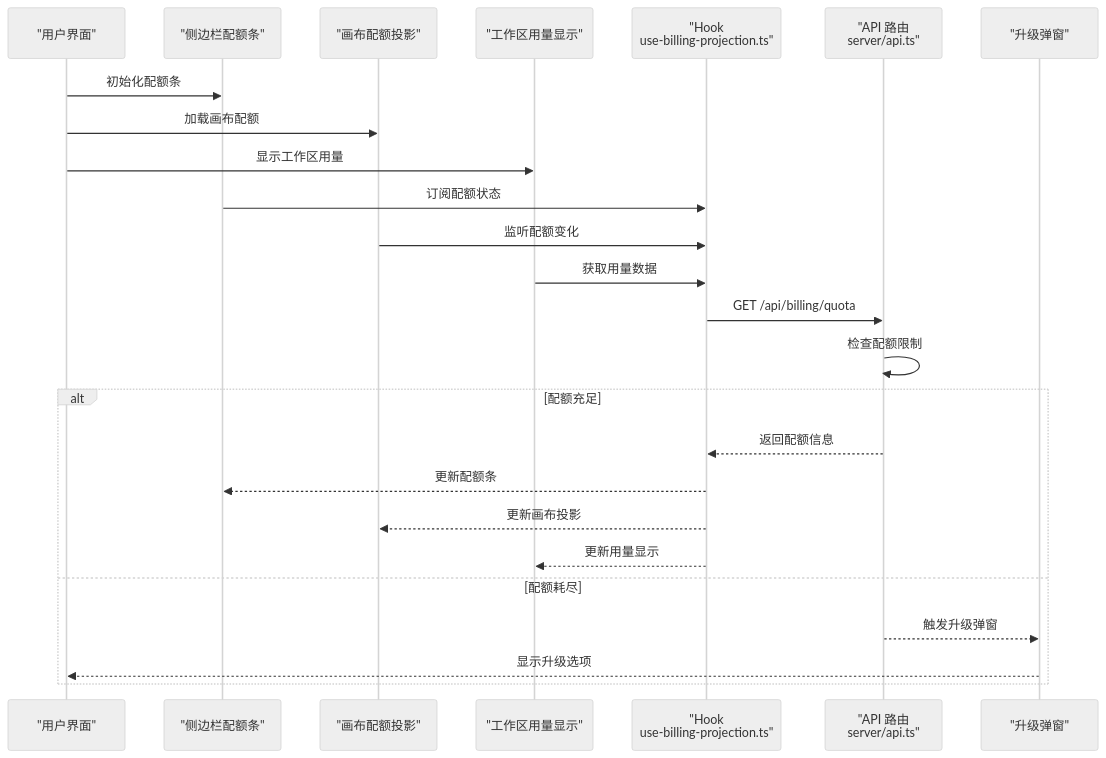
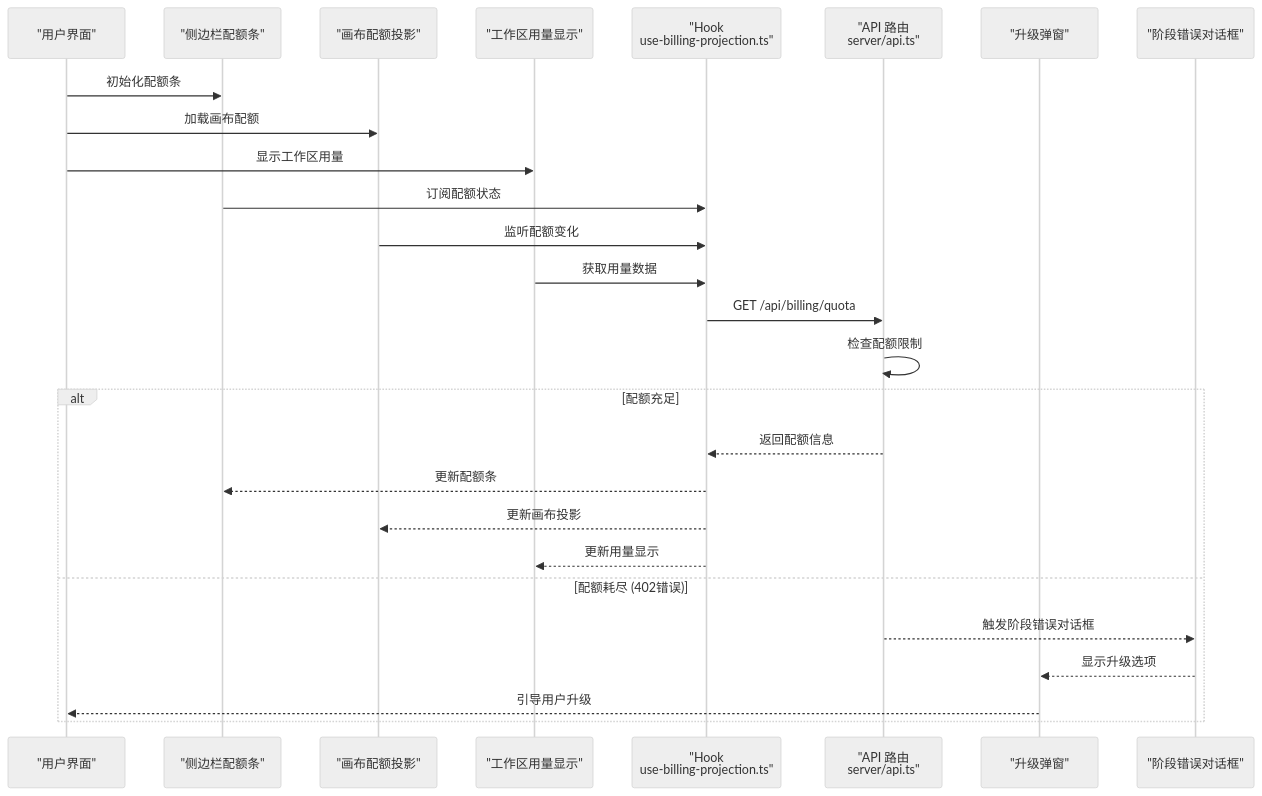
One commit to scottcwy/PurpleInk changed the second of 3 diagrams in .qoder/repowiki/zh/content/项目概述/计费配置/会员配额管理系统.md. Above: the diagram before and after it, drawn with Mermaid (neutral theme). The commit also changed other lines of this file and 48 other files, not shown here.

````diff
--- a/.qoder/repowiki/zh/content/项目概述/计费配置/会员配额管理系统.md
+++ b/.qoder/repowiki/zh/content/项目概述/计费配置/会员配额管理系统.md
@@ -133,27 +135,29 @@
 ```mermaid
 sequenceDiagram
 participant U as "用户界面"
 participant S as "侧边栏配额条"
 participant C as "画布配额投影"
 participant W as "工作区用量显示"
 participant H as "Hook<br/>use-billing-projection.ts"
 participant A as "API 路由<br/>server/api.ts"
 participant P as "升级弹窗"
+participant E as "阶段错误对话框"
 U->>S : 初始化配额条
 U->>C : 加载画布配额
 U->>W : 显示工作区用量
 S->>H : 订阅配额状态
 C->>H : 监听配额变化
 W->>H : 获取用量数据
 H->>A : GET /api/billing/quota
 A->>A : 检查配额限制
 alt 配额充足
 A-->>H : 返回配额信息
 H-->>S : 更新配额条
 H-->>C : 更新画布投影
 H-->>W : 更新用量显示
-else 配额耗尽
-A-->>P : 触发升级弹窗
-P-->>U : 显示升级选项
+else 配额耗尽 (402错误)
+A-->>E : 触发阶段错误对话框
+E-->>P : 显示升级选项
+P-->>U : 引导用户升级
 end
 ```
````
